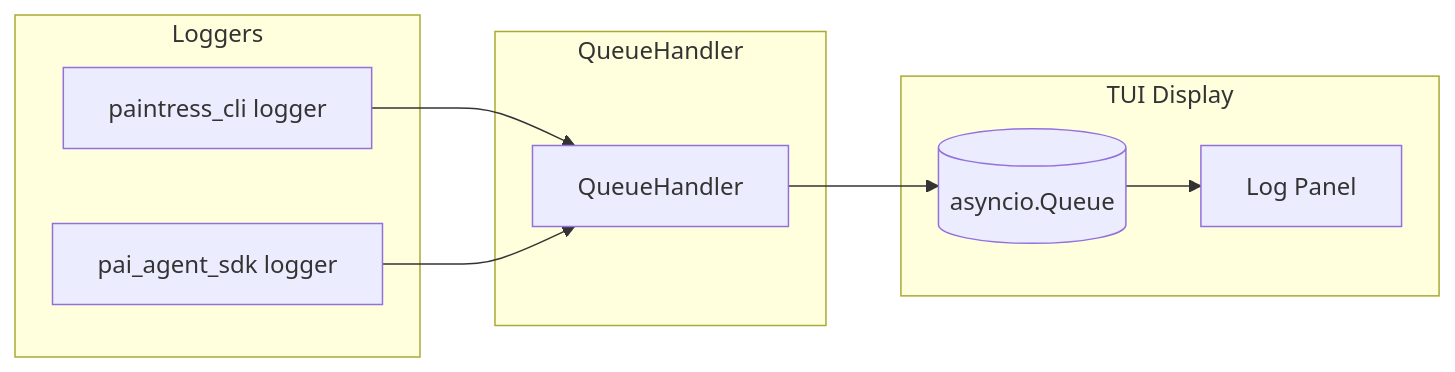
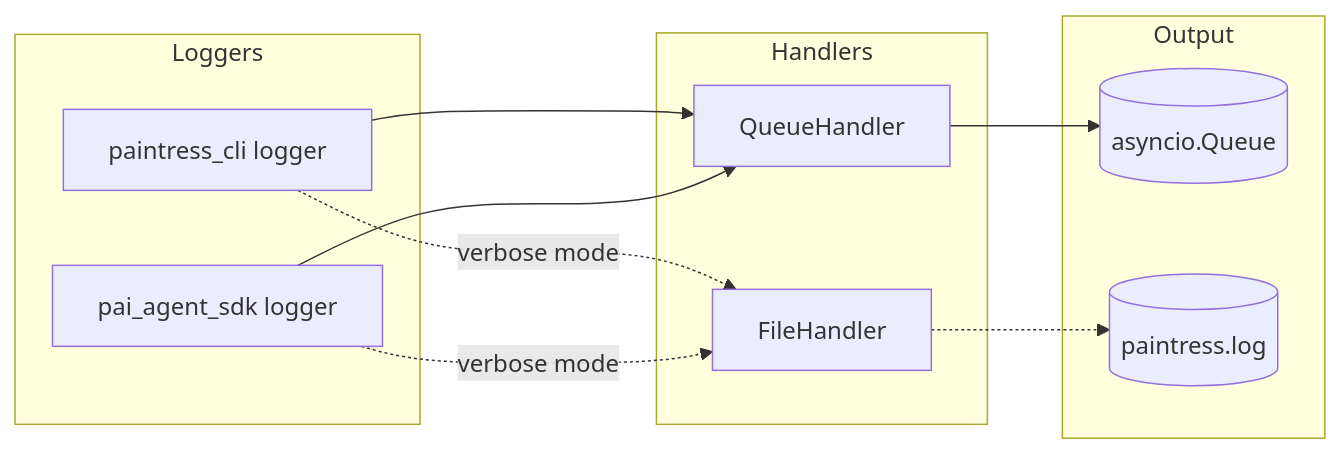
The diagram in paintress_cli/spec/07-logging.md (youware-labs/pai-agent-sdk), drawn with Mermaid before and after one commit. The commit also changed other lines of this file and 15 other files, not shown here.

````diff
--- a/paintress_cli/spec/07-logging.md
+++ b/paintress_cli/spec/07-logging.md
@@ -11,21 +21,25 @@
 ```mermaid
 flowchart LR
     subgraph Loggers
         TUI[paintress_cli logger]
         SDK[pai_agent_sdk logger]
     end
 
-    subgraph QueueHandler
-        Handler[QueueHandler]
+    subgraph Handlers
+        QH[QueueHandler]
+        FH[FileHandler]
     end
 
-    subgraph TUI Display
+    subgraph Output
         Queue[(asyncio.Queue)]
-        Panel[Log Panel]
+        File[(paintress.log)]
     end
 
-    TUI --> Handler
-    SDK --> Handler
-    Handler --> Queue
-    Queue --> Panel
+    TUI --> QH
+    SDK --> QH
+    QH --> Queue
+
+    TUI -.->|verbose mode| FH
+    SDK -.->|verbose mode| FH
+    FH -.-> File
 ```
````
